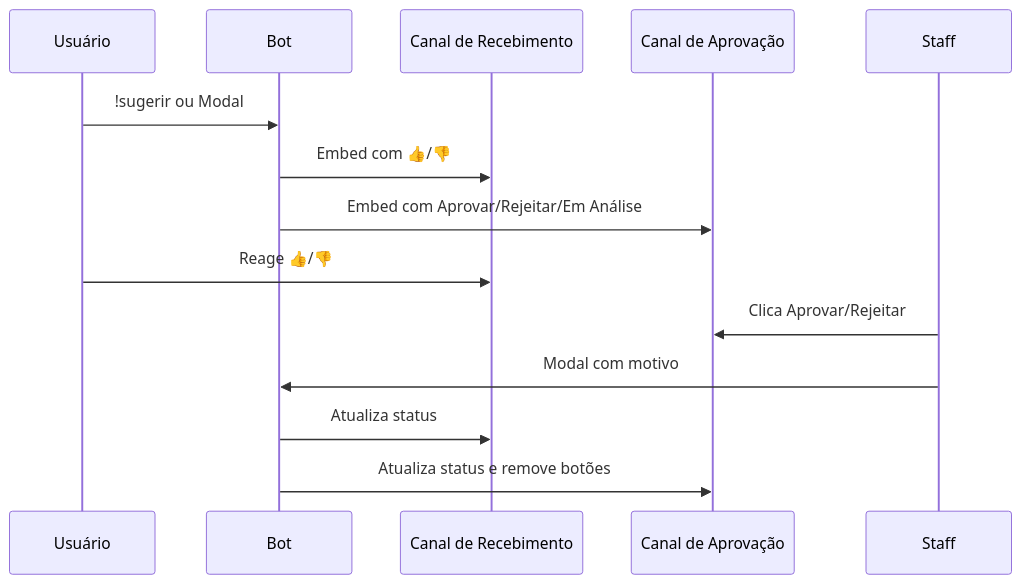
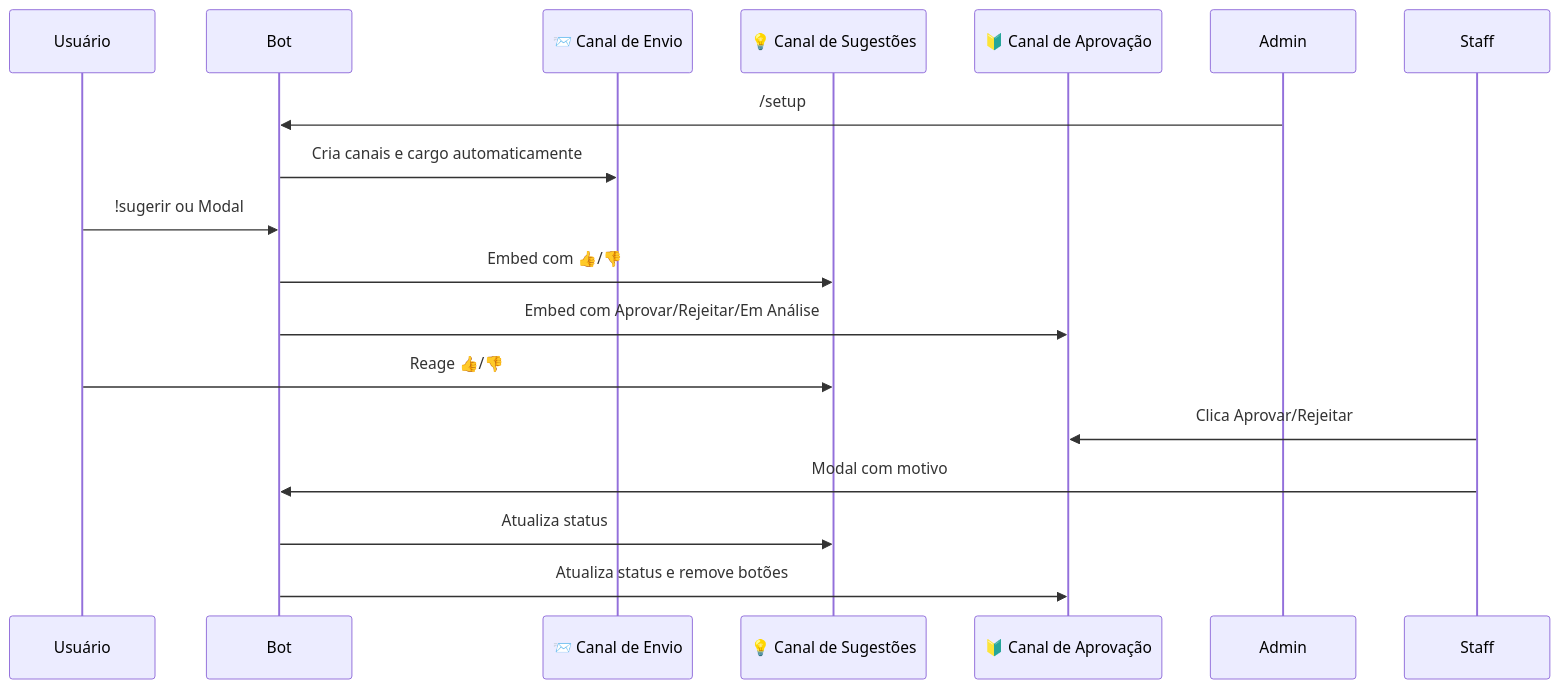
The diagram in README.md (Y2kNat/Insight-BOT), drawn with Mermaid before and after one commit. The commit also changed other lines of this file, not shown here.

````diff
--- a/README.md
+++ b/README.md
@@ -52,16 +56,19 @@
 ```mermaid
 sequenceDiagram
     participant U as Usuário
     participant B as Bot
-    participant RC as Canal de Recebimento
-    participant AC as Canal de Aprovação
+    participant SC as 📨 Canal de Envio
+    participant RC as 💡 Canal de Sugestões
+    participant AC as 🔰 Canal de Aprovação
 
+    Admin->>B: /setup
+    B->>SC: Cria canais e cargo automaticamente
     U->>B: !sugerir ou Modal
     B->>RC: Embed com 👍/👎
     B->>AC: Embed com Aprovar/Rejeitar/Em Análise
     U->>RC: Reage 👍/👎
     Staff->>AC: Clica Aprovar/Rejeitar
     Staff->>B: Modal com motivo
     B->>RC: Atualiza status
     B->>AC: Atualiza status e remove botões
 ```
````
